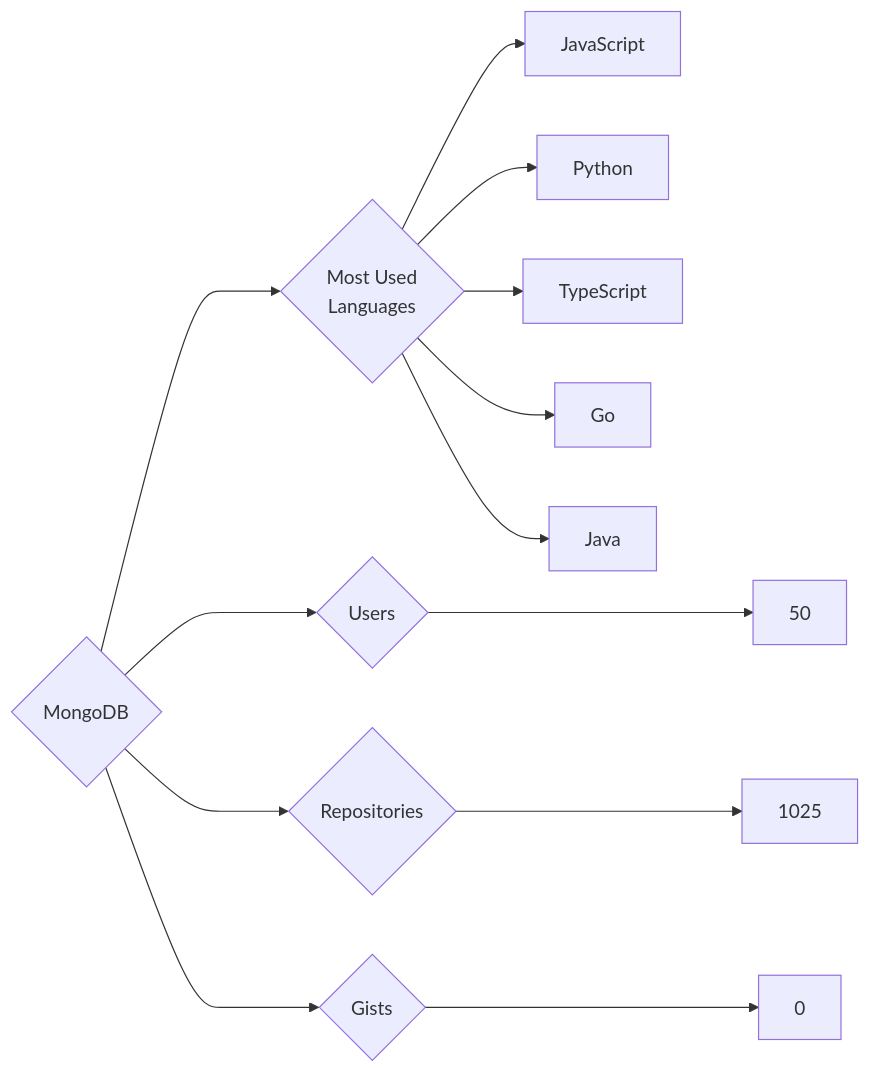
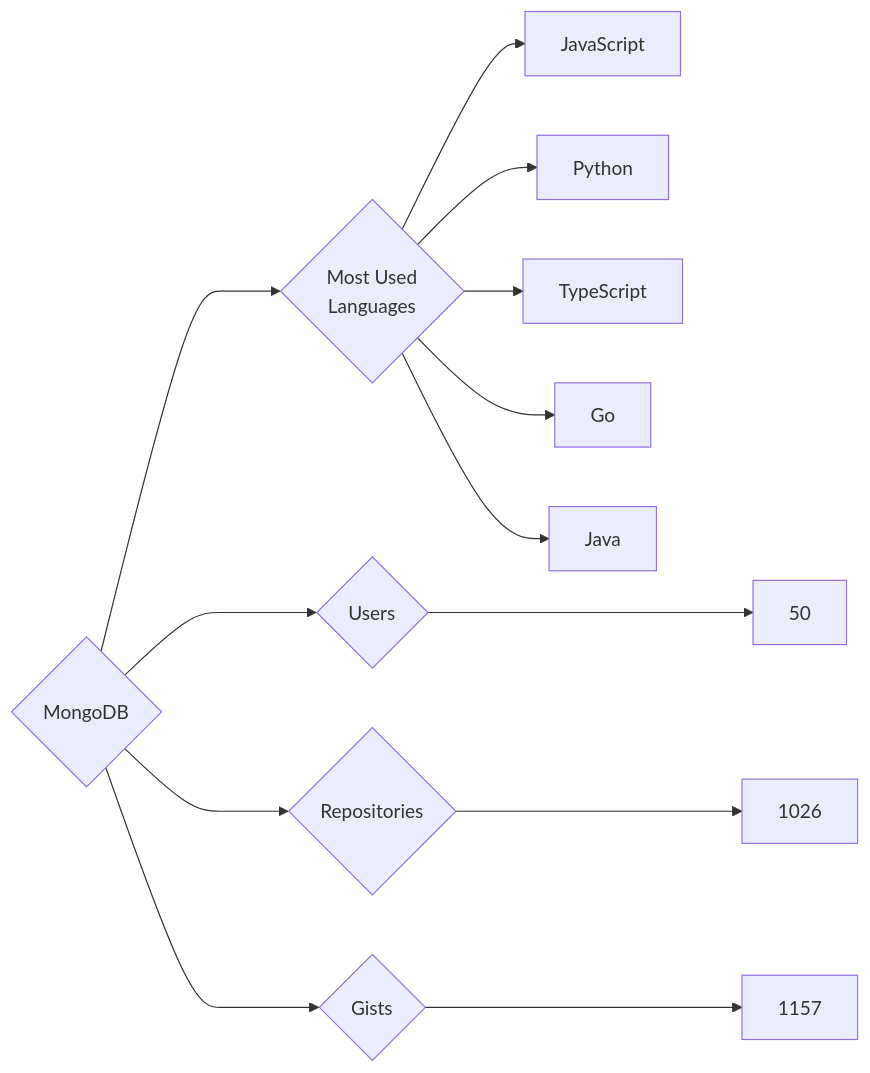
The diagram in targets/MongoDB/README.md (trickest/insiders), drawn with Mermaid before and after one commit. The commit also changed 997 other files, not shown here.

````diff
--- a/targets/MongoDB/README.md
+++ b/targets/MongoDB/README.md
@@ -3,13 +3,13 @@
 ```mermaid
 graph LR
 COMPANY_NAME{MongoDB}
 COMPANY_NAME ---> U{Users} ---> UN[50]
-COMPANY_NAME ---> R{Repositories} ---> RN[1025]
-COMPANY_NAME ---> G{Gists} ---> GN[0]
+COMPANY_NAME ---> R{Repositories} ---> RN[1026]
+COMPANY_NAME ---> G{Gists} ---> GN[1157]
 COMPANY_NAME ---> ML{Most Used<br>Languages}
-ML --> JavaScript
-ML --> Python
-ML --> TypeScript
-ML --> Go
-ML --> Java
+ML --> JavaScript[JavaScript]
+ML --> Python[Python]
+ML --> TypeScript[TypeScript]
+ML --> Go[Go]
+ML --> Java[Java]
 ```
````
